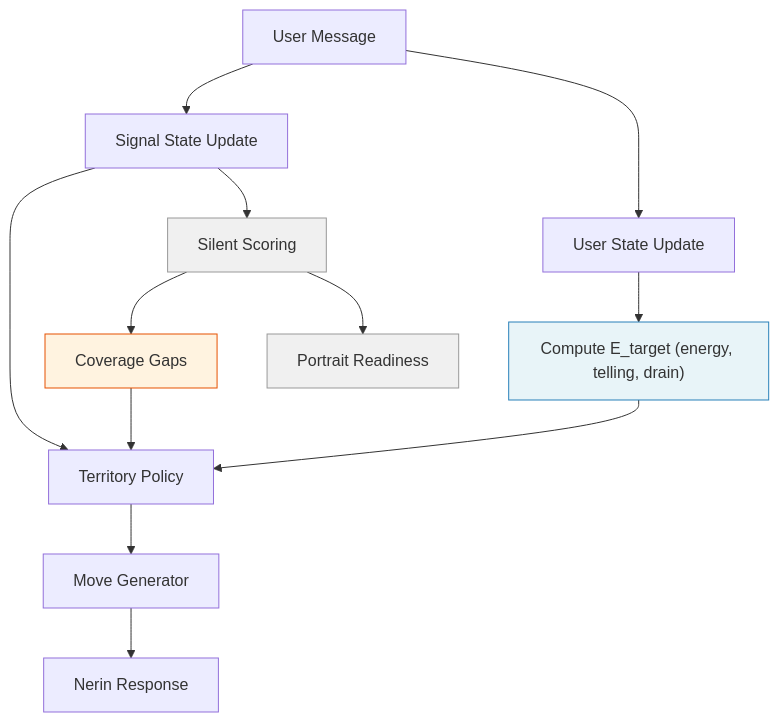
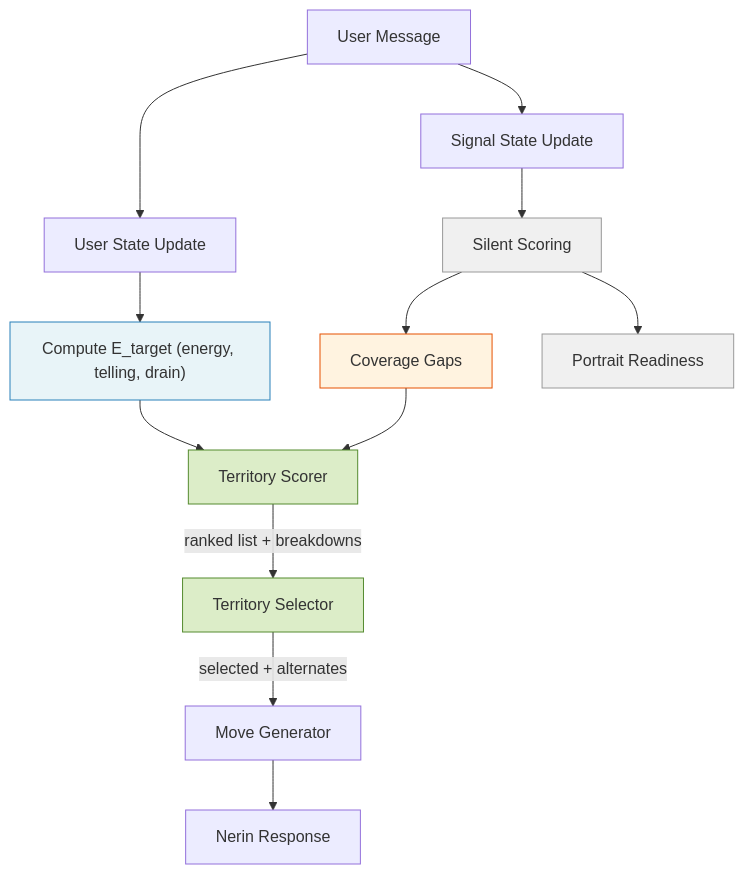
Before and after one commit to Wysnard/big-ocean: the diagram in _bmad-output/planning-artifacts/conversation-pacing-design-decisions.md, drawn with Mermaid. The commit also changed other lines of this file and 2 other files, not shown here.

Commit message:
chore: territory policy

````diff
--- a/_bmad-output/planning-artifacts/conversation-pacing-design-decisions.md
+++ b/_bmad-output/planning-artifacts/conversation-pacing-design-decisions.md
@@ -287,24 +288,25 @@
 ```mermaid
 flowchart TB
     UM[User Message] --> A[Signal State Update]
     UM --> B[User State Update]
 
     B --> ET["Compute E_target (energy, telling, drain)"]
 
-    A --> TP[Territory Policy]
-    ET --> TP
+    ET --> TS[Territory Scorer]
+    SS --> COV[Coverage Gaps]
+    COV --> TS
 
-    SS --> COV[Coverage Gaps]
-    COV --> TP
-
-    TP --> MG[Move Generator]
+    TS -->|"ranked list + breakdowns"| SEL[Territory Selector]
+    SEL -->|"selected + alternates"| MG[Move Generator]
     MG --> NR[Nerin Response]
 
     A --> SS[Silent Scoring]
     SS --> PR[Portrait Readiness]
 
     style ET fill:#e8f4f8,stroke:#2980b9
+    style TS fill:#dcedc8,stroke:#558b2f
+    style SEL fill:#dcedc8,stroke:#558b2f
     style COV fill:#fff3e0,stroke:#e65100
     style SS fill:#f0f0f0,stroke:#999
     style PR fill:#f0f0f0,stroke:#999
 ```
````
